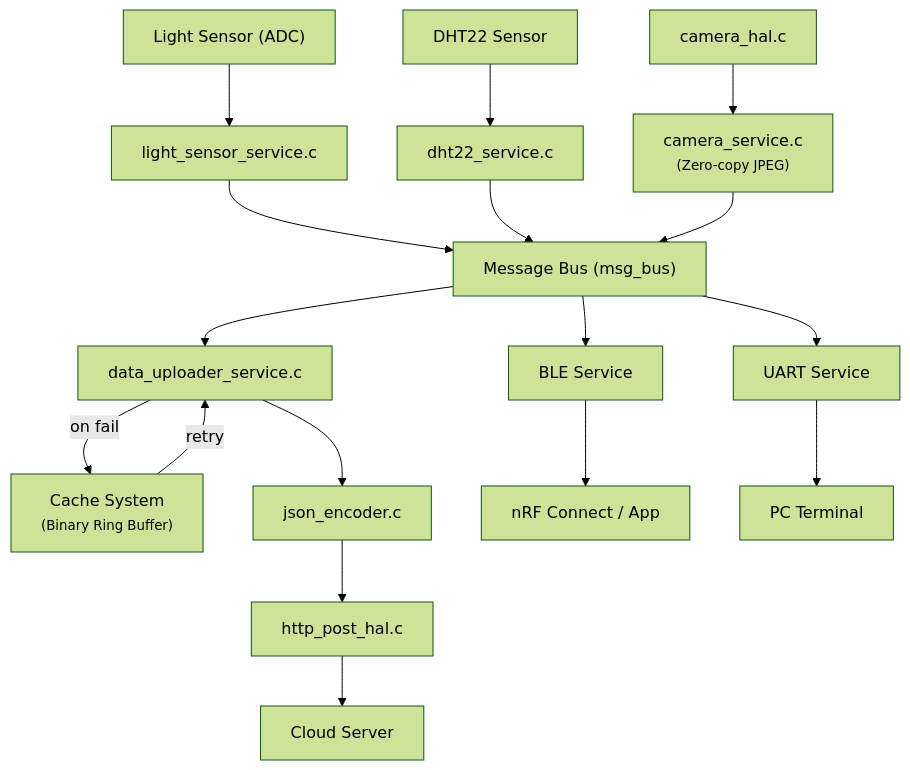
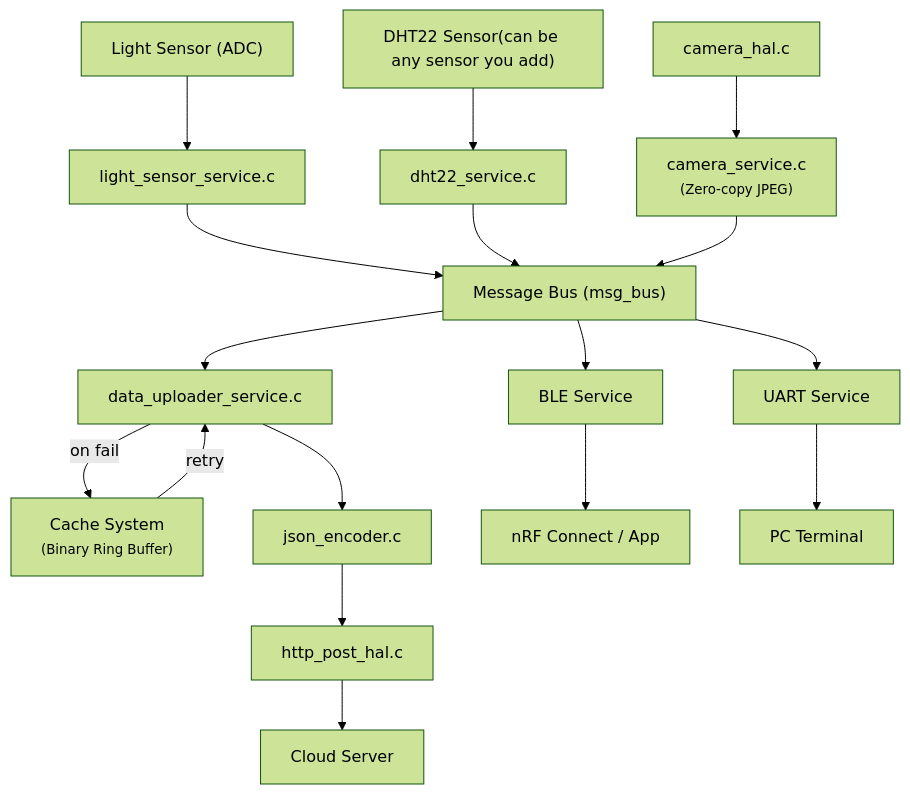
Before and after one commit to MrRaidrop/ESP-MoNet: the diagram in docs/index.md, drawn with Mermaid (forest theme).

Commit message:
README-CN updated

```diff
--- a/docs/index.md
+++ b/docs/index.md
@@ -13,43 +13,43 @@
 <div class="mermaid">
 graph TD
     SENSOR["Light Sensor (ADC)"]
-    DHT22["DHT22 Sensor"]
+    DHT22["DHT22 Sensor(can be any sensor you add)"]
     LIGHT["light_sensor_service.c"]
     TEMP["dht22_service.c"]
     CAMERA["camera_service.c<br><small>(Zero-copy JPEG)</small>"]
     CAM_HAL["camera_hal.c"]
     BUS["Message Bus (msg_bus)"]
     UPLOADER["data_uploader_service.c"]
     UART["UART Service"]
     BLE["BLE Service"]
     CACHE["Cache System<br><small>(Binary Ring Buffer)</small>"]
     ENCODER["json_encoder.c"]
     HTTP["http_post_hal.c"]
     CLOUD["Cloud Server"]
     MOBILE["nRF Connect / App"]
     PC["PC Terminal"]
 
     %% Sensor flow
     SENSOR --> LIGHT
     DHT22 --> TEMP
     LIGHT  --> BUS
     TEMP   --> BUS
     CAMERA --> BUS
     CAM_HAL --> CAMERA
 
     %% Msg bus distribution
     BUS    --> UPLOADER
     BUS    --> UART
     BUS    --> BLE
 
     %% Upload path
     UPLOADER --> ENCODER
     ENCODER --> HTTP
     HTTP   --> CLOUD
 
     %% Fallback & edge options
     UPLOADER -->|on fail| CACHE
     CACHE -->|retry| UPLOADER
     BLE    --> MOBILE
     UART   --> PC
 </div>
```
